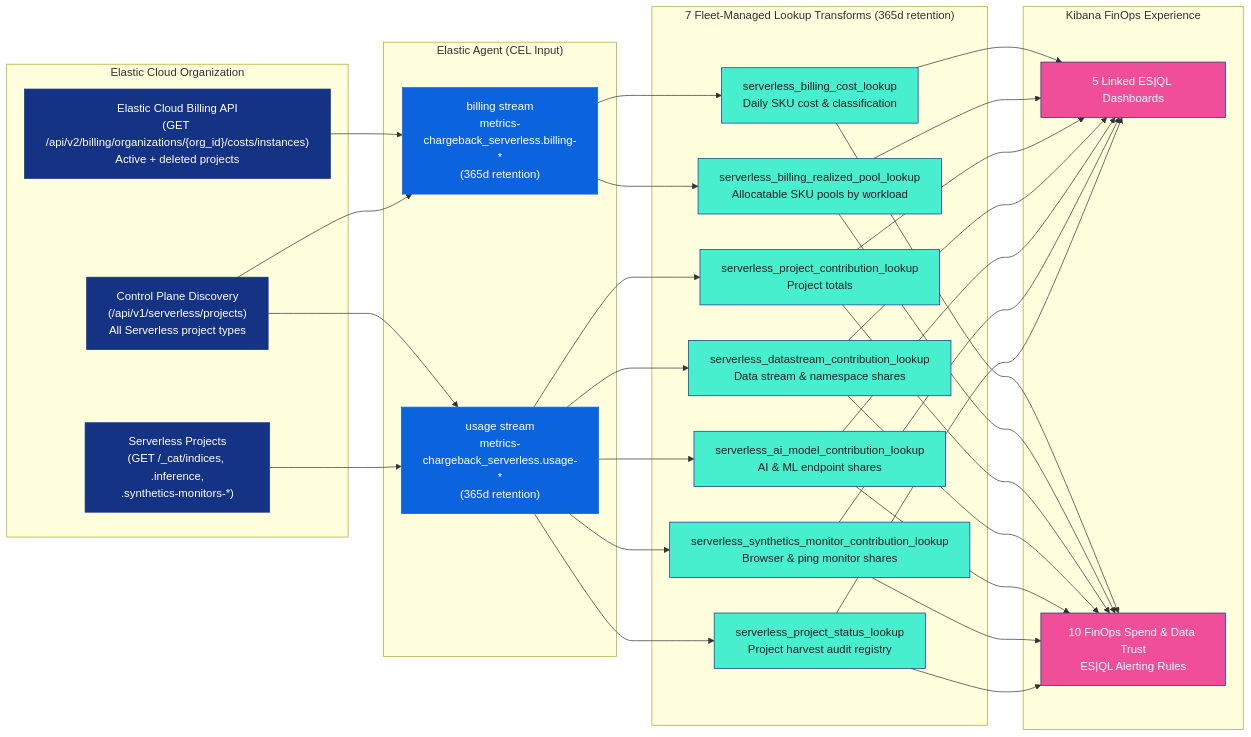
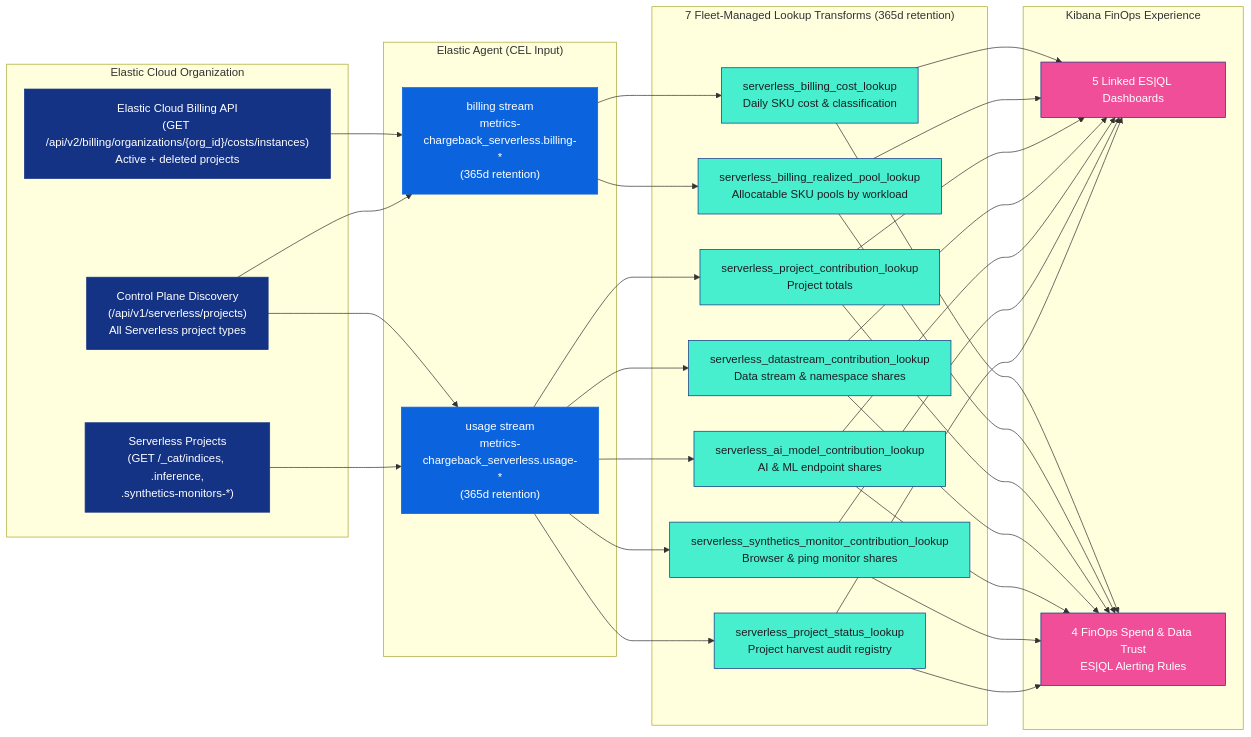
The diagram in integrations/chargeback-serverless/README.md (elastic/elasticsearch-chargeback), drawn with Mermaid before and after one commit. The commit also changed other lines of this file and 14 other files, not shown here.

````diff
--- a/integrations/chargeback-serverless/README.md
+++ b/integrations/chargeback-serverless/README.md
@@ -19,41 +19,41 @@
 ```mermaid
 flowchart LR
     subgraph Cloud["Elastic Cloud Organization"]
         BillingAPI["Elastic Cloud Billing API<br/>(GET /api/v2/billing/organizations/{org_id}/costs/instances)<br/>Active + deleted projects"]:::navy
         CtrlPlane["Control Plane Discovery<br/>(/api/v1/serverless/projects)<br/>All Serverless project types"]:::navy
         Projects["Serverless Projects<br/>(GET /_cat/indices, .inference,<br/>.synthetics-monitors-*)"]:::navy
     end
 
     subgraph Agent["Elastic Agent (CEL Input)"]
         BStream["billing stream<br/>metrics-chargeback_serverless.billing-*<br/>(365d retention)"]:::blue
         UStream["usage stream<br/>metrics-chargeback_serverless.usage-*<br/>(365d retention)"]:::blue
     end
 
     subgraph Transforms["7 Fleet-Managed Lookup Transforms (365d retention)"]
         L1["serverless_billing_cost_lookup<br/>Daily SKU cost & classification"]:::mint
         L2["serverless_billing_realized_pool_lookup<br/>Allocatable SKU pools by workload"]:::mint
         L3["serverless_project_contribution_lookup<br/>Project totals"]:::mint
         L4["serverless_datastream_contribution_lookup<br/>Data stream & namespace shares"]:::mint
         L5["serverless_ai_model_contribution_lookup<br/>AI & ML endpoint shares"]:::mint
         L6["serverless_synthetics_monitor_contribution_lookup<br/>Browser & ping monitor shares"]:::mint
         L7["serverless_project_status_lookup<br/>Project harvest audit registry"]:::mint
     end
 
     subgraph Kibana["Kibana FinOps Experience"]
         Dash["5 Linked ES|QL Dashboards"]:::pink
-        Rules["10 FinOps Spend & Data Trust<br/>ES|QL Alerting Rules"]:::pink
+        Rules["4 FinOps Spend & Data Trust<br/>ES|QL Alerting Rules"]:::pink
     end
 
     BillingAPI --> BStream
     CtrlPlane --> BStream & UStream
     Projects --> UStream
     BStream --> L1 & L2
     UStream --> L3 & L4 & L5 & L6 & L7
     L1 & L2 & L3 & L4 & L5 & L6 & L7 --> Dash & Rules
 
     classDef navy fill:#153385,stroke:#153385,color:#FFFFFF
     classDef blue fill:#0B64DD,stroke:#0B64DD,color:#FFFFFF
     classDef mint fill:#48EFCF,stroke:#153385,color:#1C1E23
     classDef yellow fill:#FEC514,stroke:#153385,color:#1C1E23
     classDef pink fill:#F04E98,stroke:#153385,color:#FFFFFF
 ```
````
